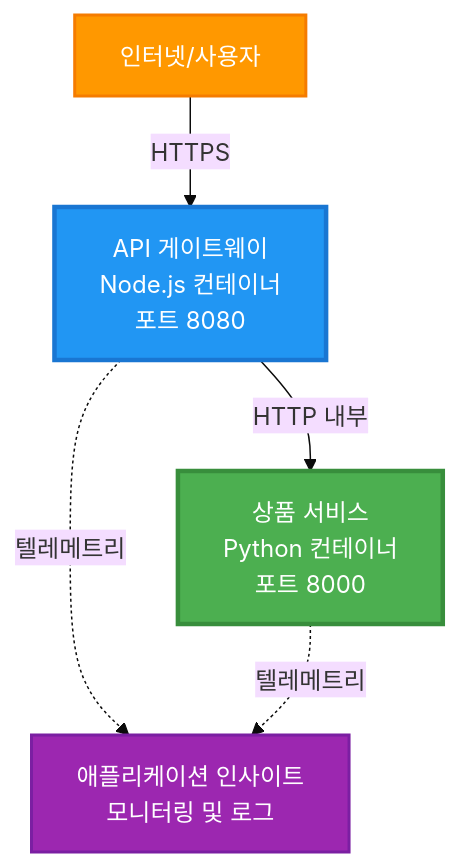
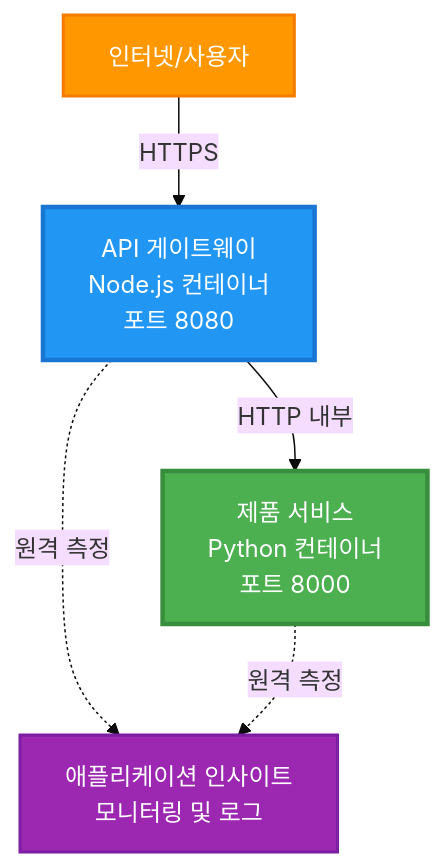
Before and after one commit to microsoft/AZD-for-beginners: the first of 4 diagrams in translations/ko/examples/microservices/README.md, drawn with Mermaid (base theme). The commit also changed other lines of this file and 242 other files, not shown here.

````diff
--- a/translations/ko/examples/microservices/README.md
+++ b/translations/ko/examples/microservices/README.md
@@ -40,17 +31,17 @@
 ```mermaid
 graph TB
     Internet[인터넷/사용자]
     Gateway[API 게이트웨이<br/>Node.js 컨테이너<br/>포트 8080]
-    Product[상품 서비스<br/>Python 컨테이너<br/>포트 8000]
+    Product[제품 서비스<br/>Python 컨테이너<br/>포트 8000]
     AppInsights[애플리케이션 인사이트<br/>모니터링 및 로그]
     
     Internet -->|HTTPS| Gateway
     Gateway -->|HTTP 내부| Product
-    Gateway -.->|텔레메트리| AppInsights
-    Product -.->|텔레메트리| AppInsights
+    Gateway -.->|원격 측정| AppInsights
+    Product -.->|원격 측정| AppInsights
     
     style Gateway fill:#2196F3,stroke:#1976D2,stroke-width:3px,color:#fff
     style Product fill:#4CAF50,stroke:#388E3C,stroke-width:3px,color:#fff
     style Internet fill:#FF9800,stroke:#F57C00,stroke-width:2px,color:#fff
     style AppInsights fill:#9C27B0,stroke:#7B1FA2,stroke-width:2px,color:#fff
 ```
````
